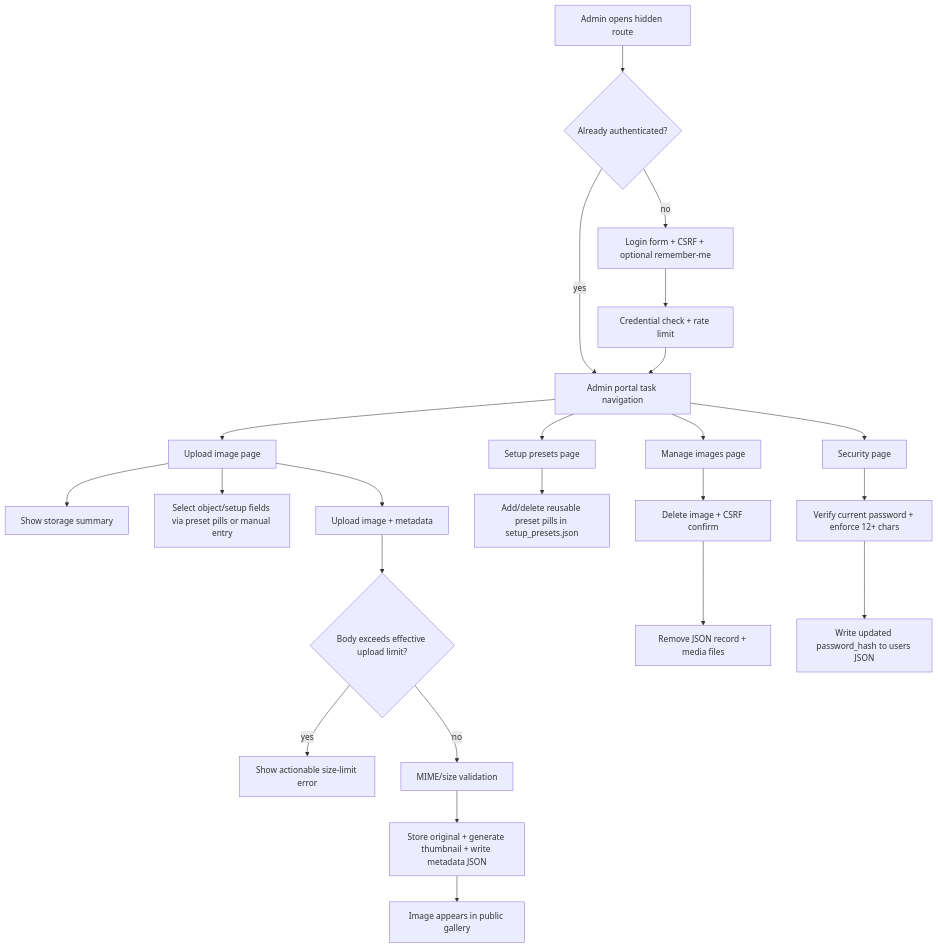
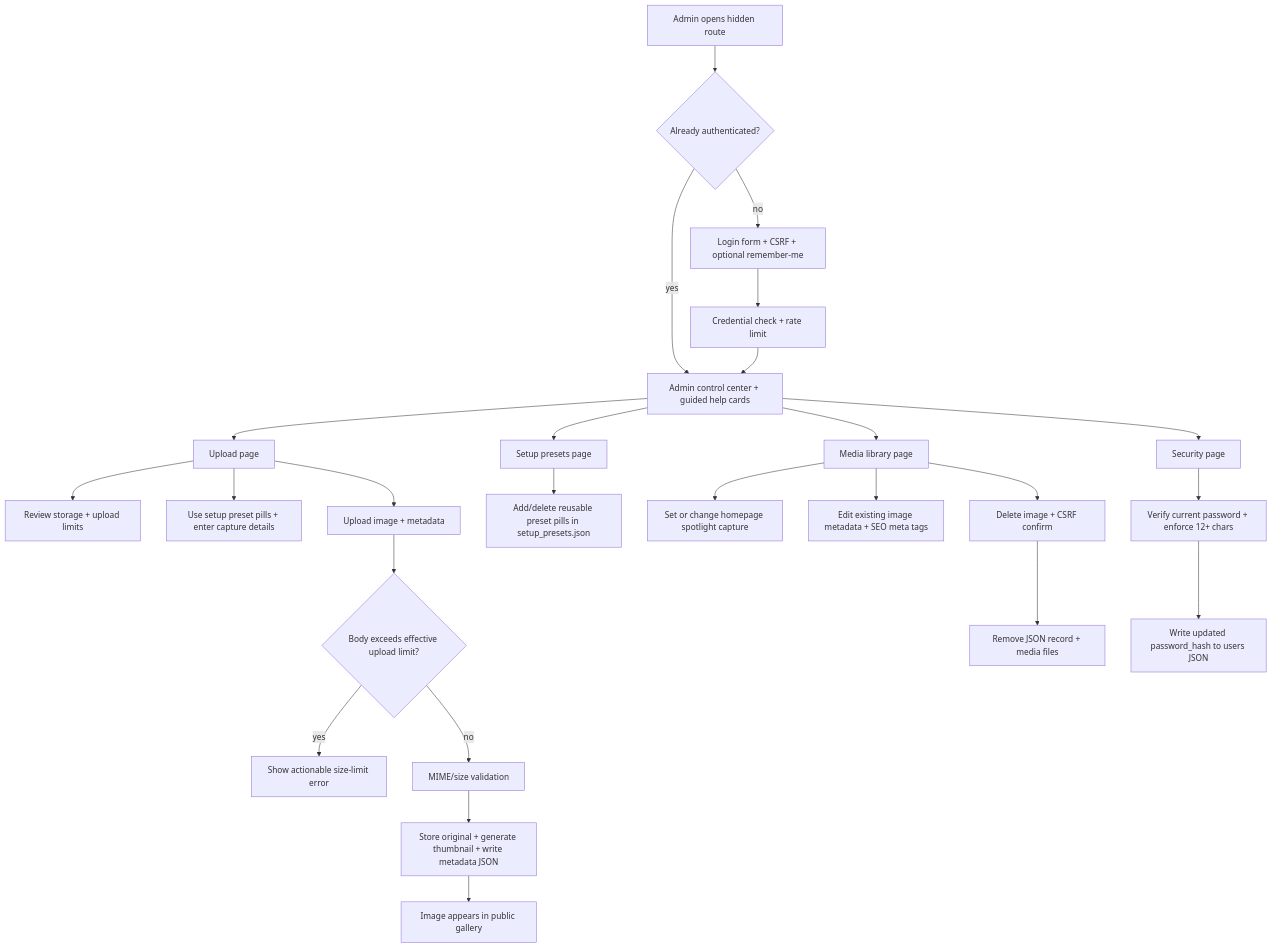
The second of 3 diagrams in README.md (smeird/images), drawn with Mermaid before and after one commit. The commit also changed other lines of this file and 7 other files, not shown here.

First line of the commit message:
Update task tracker for admin metadata and spotlight work

````diff
--- a/README.md
+++ b/README.md
@@ -153,25 +156,27 @@
 ```mermaid
 flowchart TD
   A[Admin opens hidden route] --> B{Already authenticated?}
-  B -- yes --> D[Admin portal task navigation]
+  B -- yes --> D[Admin control center + guided help cards]
   B -- no --> C[Login form + CSRF + optional remember-me]
   C --> E[Credential check + rate limit]
   E --> D
-  D --> U[Upload image page]
+  D --> U[Upload page]
   D --> P[Setup presets page]
-  D --> M[Manage images page]
+  D --> M[Media library page]
   D --> S[Security page]
-  U --> T[Show storage summary]
-  U --> V[Select object/setup fields via preset pills or manual entry]
+  U --> T[Review storage + upload limits]
+  U --> V[Use setup preset pills + enter capture details]
   U --> W[Upload image + metadata]
   W --> X{Body exceeds effective upload limit?}
   X -- yes --> Y[Show actionable size-limit error]
   X -- no --> Z[MIME/size validation]
   Z --> AA[Store original + generate thumbnail + write metadata JSON]
   AA --> AB[Image appears in public gallery]
   P --> AC[Add/delete reusable preset pills in setup_presets.json]
-  M --> AD[Delete image + CSRF confirm]
-  AD --> AE[Remove JSON record + media files]
-  S --> AF[Verify current password + enforce 12+ chars]
-  AF --> AG[Write updated password_hash to users JSON]
+  M --> AD[Set or change homepage spotlight capture]
+  M --> AE[Edit existing image metadata + SEO meta tags]
+  M --> AF[Delete image + CSRF confirm]
+  AF --> AG[Remove JSON record + media files]
+  S --> AH[Verify current password + enforce 12+ chars]
+  AH --> AI[Write updated password_hash to users JSON]
 ```
````
